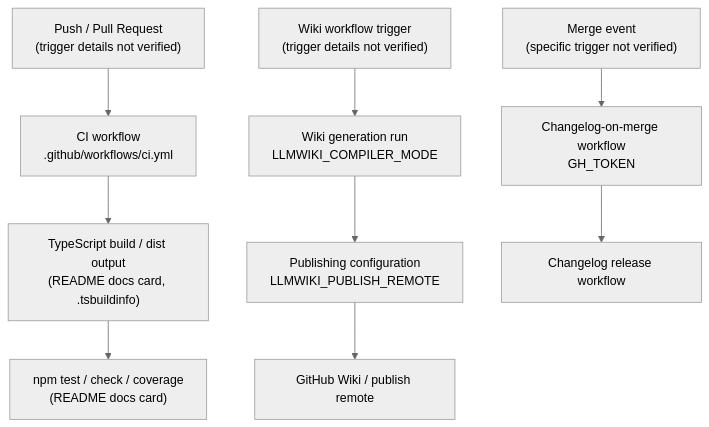
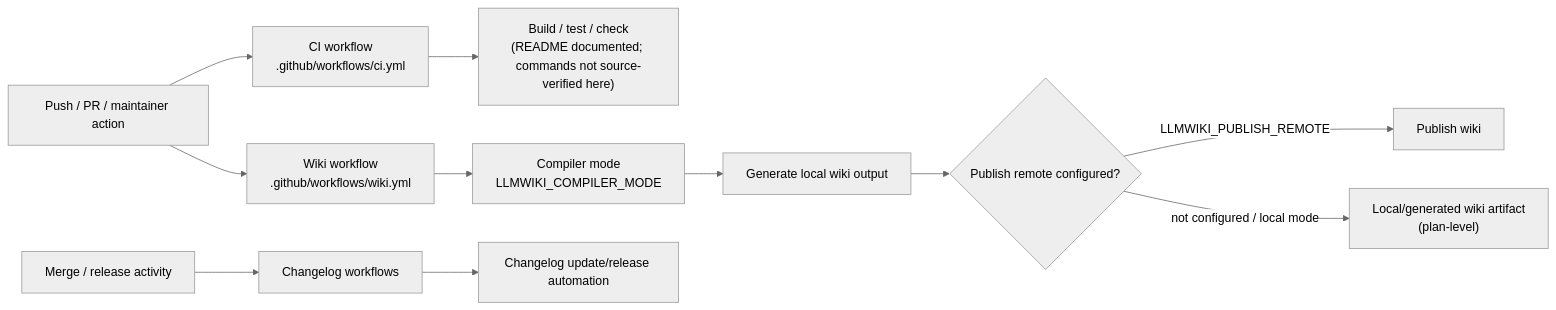
The third of 3 diagrams in Architecture.md (mfittko/repo-wiki), drawn with Mermaid (neutral theme) before and after one commit. The commit also changed other lines of this file and 43 other files, not shown here.

````diff
--- a/Architecture.md
+++ b/Architecture.md
@@ -311,27 +310,16 @@
 ```mermaid
-flowchart TB
-  PushPR["Push / Pull Request<br/>(trigger details not verified)"]
-  CI["CI workflow<br/>.github/workflows/ci.yml"]
-  Build["TypeScript build / dist output<br/>(README docs card, .tsbuildinfo)"]
-  Test["npm test / check / coverage<br/>(README docs card)"]
+flowchart LR
+    Push["Push / PR / maintainer action"] --> CI["CI workflow<br/>.github/workflows/ci.yml"]
+    Push --> WikiWF["Wiki workflow<br/>.github/workflows/wiki.yml"]
+    MergeOrRelease["Merge / release activity"] --> ChangeWF["Changelog workflows"]
 
-  WikiTrigger["Wiki workflow trigger<br/>(trigger details not verified)"]
-  WikiRun["Wiki generation run<br/>LLMWIKI_COMPILER_MODE"]
-  PublishDecision["Publishing configuration<br/>LLMWIKI_PUBLISH_REMOTE"]
-  WikiRemote["GitHub Wiki / publish remote"]
+    CI --> BuildTest["Build / test / check<br/>(README documented; commands not source-verified here)"]
 
-  Merge["Merge event<br/>(specific trigger not verified)"]
-  ChangelogMerge["Changelog-on-merge workflow<br/>GH_TOKEN"]
-  ChangelogRelease["Changelog release workflow"]
+    WikiWF --> Mode["Compiler mode<br/>LLMWIKI_COMPILER_MODE"]
+    Mode --> Generate["Generate local wiki output"]
+    Generate --> PublishDecision{"Publish remote configured?"}
+    PublishDecision -->|LLMWIKI_PUBLISH_REMOTE| Publish["Publish wiki"]
+    PublishDecision -->|not configured / local mode| Artifact["Local/generated wiki artifact<br/>(plan-level)"]
 
-  PushPR --> CI
-  CI --> Build
-  Build --> Test
-
-  WikiTrigger --> WikiRun
-  WikiRun --> PublishDecision
-  PublishDecision --> WikiRemote
-
-  Merge --> ChangelogMerge
-  ChangelogMerge --> ChangelogRelease
+    ChangeWF --> Changelog["Changelog update/release automation"]
 ```
````
